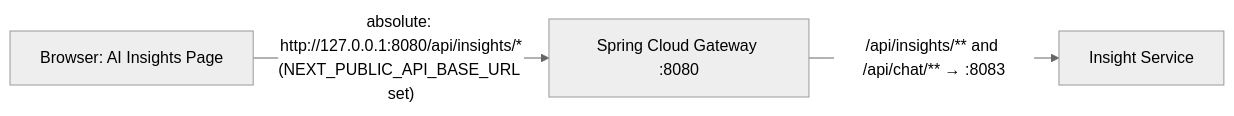
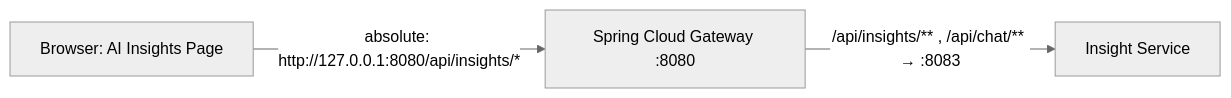
One commit to vibhanshu-agarwal/wealthmgmtandportfoliotracker changed the first of 2 diagrams in docs/e2e-flows/insight-service-e2e.md. Above: the diagram before and after it, drawn with Mermaid (neutral theme). The commit also changed other lines of this file and 3 other files, not shown here.

````diff
--- a/docs/e2e-flows/insight-service-e2e.md
+++ b/docs/e2e-flows/insight-service-e2e.md
@@ -58,5 +60,5 @@
 ```mermaid
 graph LR
-    A[Browser: AI Insights Page] -->|"absolute: http://127.0.0.1:8080/api/insights/*\n(NEXT_PUBLIC_API_BASE_URL set)"| C[Spring Cloud Gateway :8080]
-    C -->|/api/insights/** and /api/chat/** → :8083| D[Insight Service]
+    A[Browser: AI Insights Page] -->|"absolute: http://127.0.0.1:8080/api/insights/*"| C[Spring Cloud Gateway :8080]
+    C -->|"/api/insights/** , /api/chat/** → :8083"| D[Insight Service]
 ```
````
